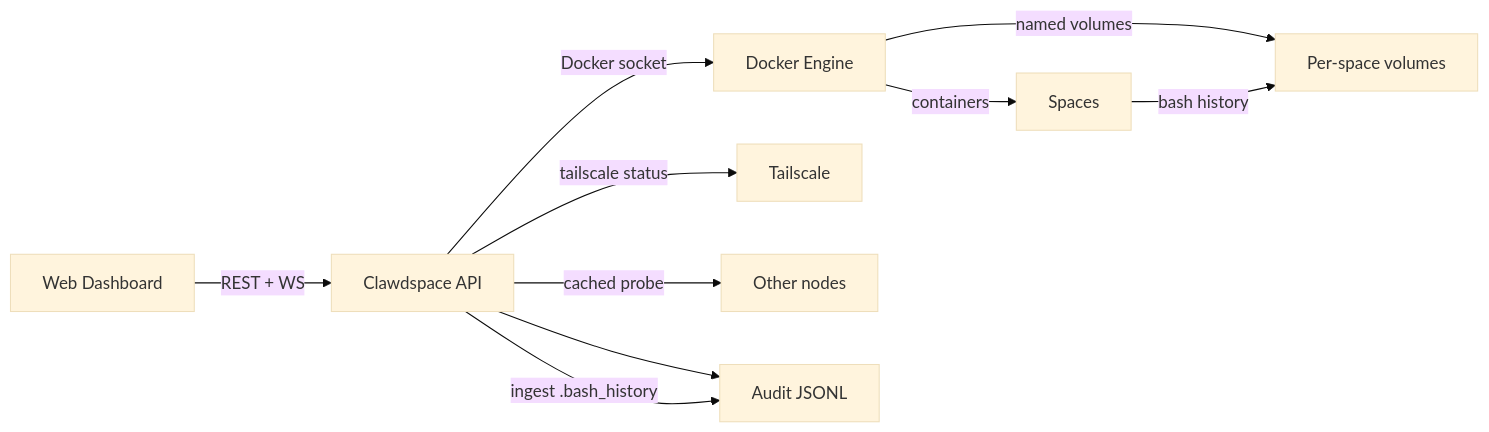
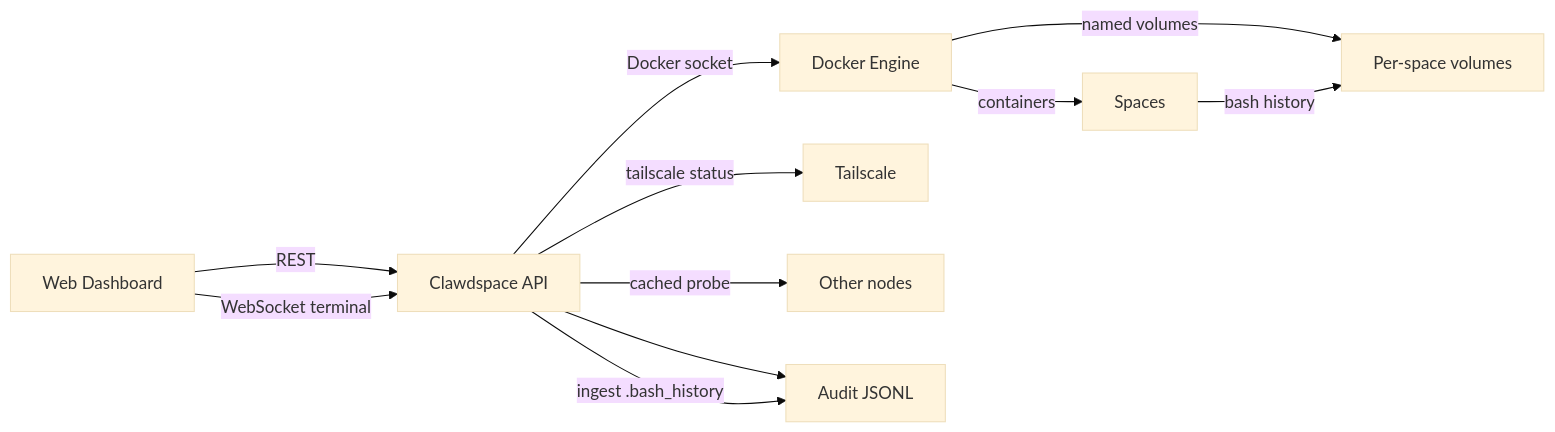
The diagram in README.md (adam91holt/clawdspace), drawn with Mermaid (base theme) before and after one commit. The commit also changed other lines of this file and 4 other files, not shown here.

````diff
--- a/README.md
+++ b/README.md
@@ -21,14 +22,16 @@
 ```mermaid
 flowchart LR
-  UI[Web Dashboard] -->|REST + WS| API[Clawdspace API]
+  UI[Web Dashboard] -->|REST| API[Clawdspace API]
+  UI -->|WebSocket terminal| API
+
   API -->|Docker socket| DOCKER[Docker Engine]
   DOCKER -->|containers| SPACE[Spaces]
   DOCKER -->|named volumes| VOL[Per-space volumes]
 
   API -->|tailscale status| TS[Tailscale]
   API -->|cached probe| NODES[Other nodes]
 
   API --> AUDIT[Audit JSONL]
   SPACE -->|bash history| VOL
   API -->|ingest .bash_history| AUDIT
 ```
````
